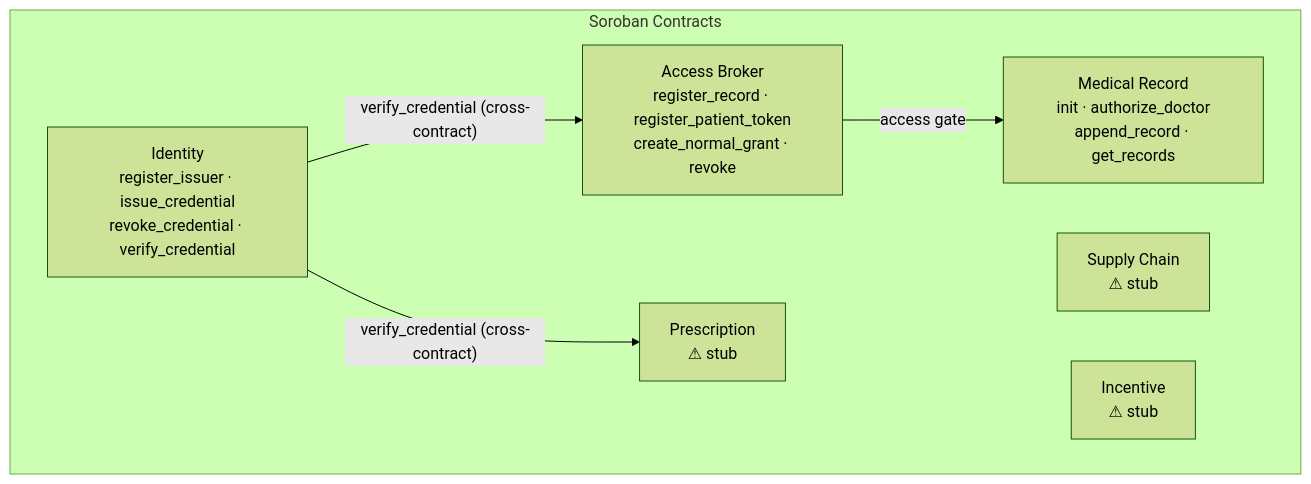
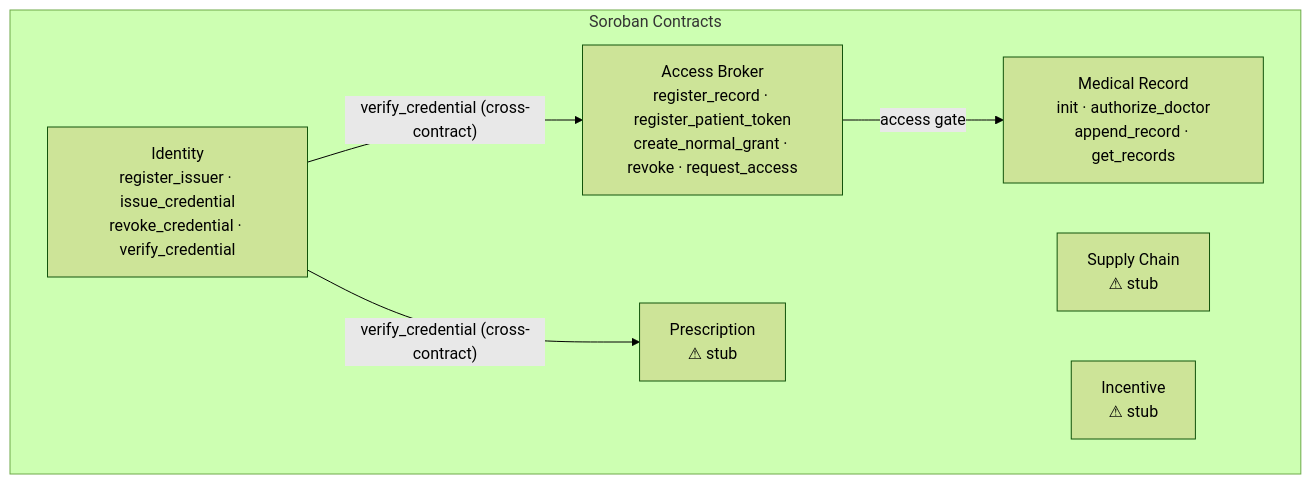
One commit to nanonite/-rappihistories-stellar-dapp-contracts changed the first of 18 diagrams in docs/flows.md. Above: the diagram before and after it, drawn with Mermaid (forest theme). The commit also changed other lines of this file and 1 other file, not shown here.

Commit message:
Docs update contract flow status

````diff
--- a/docs/flows.md
+++ b/docs/flows.md
@@ -10,15 +10,15 @@
 ```mermaid
 graph TB
     subgraph Soroban["Soroban Contracts"]
         ID["Identity\nregister_issuer · issue_credential\nrevoke_credential · verify_credential"]
         MR["Medical Record\ninit · authorize_doctor\nappend_record · get_records"]
-        AB["Access Broker\nregister_record · register_patient_token\ncreate_normal_grant · revoke"]
+        AB["Access Broker\nregister_record · register_patient_token\ncreate_normal_grant · revoke · request_access"]
         RX["Prescription\n⚠ stub"]
         SC["Supply Chain\n⚠ stub"]
         IN["Incentive\n⚠ stub"]
     end
 
     ID -->|"verify_credential (cross-contract)"| AB
     ID -->|"verify_credential (cross-contract)"| RX
     AB -->|"access gate"| MR
 ```
````
